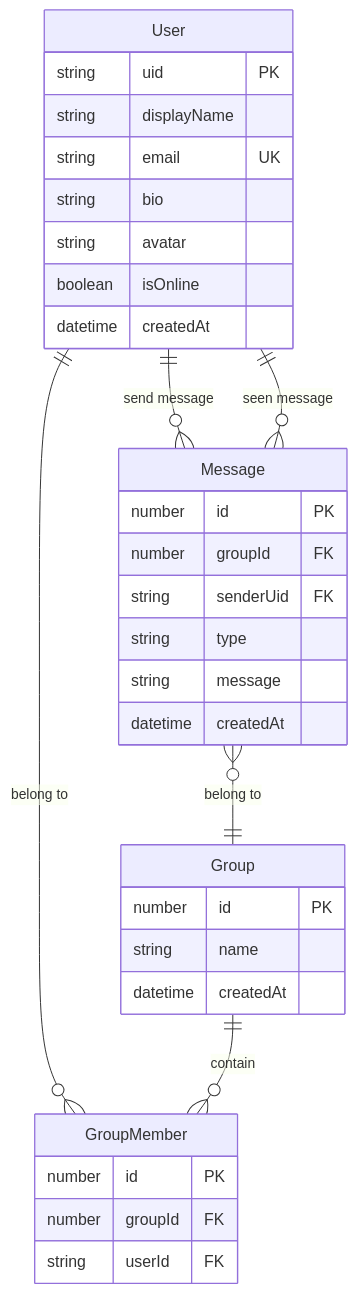
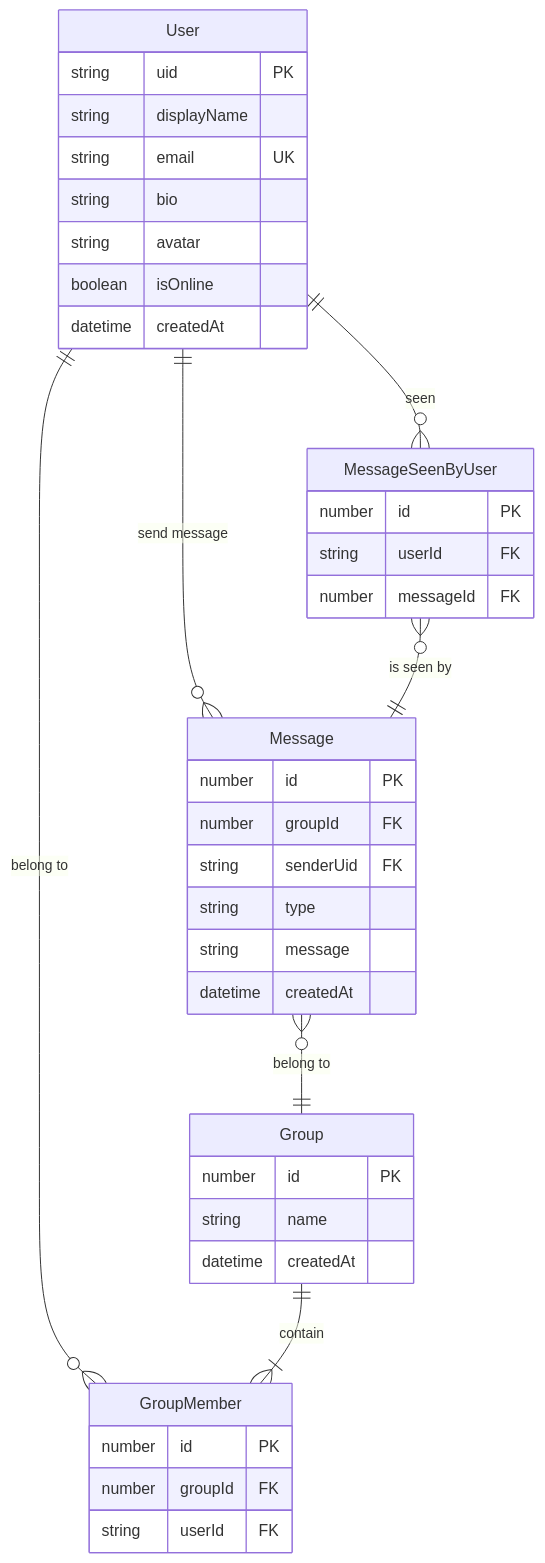
One commit to chanon-mike/u-and-i-chatapp changed the diagram in README.md. Above: the diagram before and after it, drawn with Mermaid. The commit also changed 12 other files, not shown here.

````diff
--- a/README.md
+++ b/README.md
@@ -41,36 +41,42 @@
 ```mermaid
 erDiagram
-    User ||--o{ GroupMember: "belong to"
-    User ||--o{ Message: "send message"
-    User ||--o{ Message: "seen message"
-    Group ||--o{ GroupMember: "contain"
-    Message }o--|| Group: "belong to"
-
     User {
         string uid PK
         string displayName
         string email UK
         string bio
         string avatar
         boolean isOnline
         datetime createdAt
     }
     Group {
         number id PK
         string name
         datetime createdAt
     }
     GroupMember {
         number id PK
         number groupId FK
         string userId FK
     }
+    MessageSeenByUser {
+        number id PK
+        string userId FK
+        number messageId FK
+    }
     Message {
         number id PK
         number groupId FK
         string senderUid FK
         string type
         string message
         datetime createdAt
     }
+
+    User ||--o{ GroupMember: "belong to"
+    User ||--o{ Message: "send message"
+    User ||--o{ MessageSeenByUser: "seen"
+    MessageSeenByUser o{--|| Message: "is seen by"
+    Group ||--|{ GroupMember: "contain"
+    Message }o--|| Group: "belong to"
 ```
````
